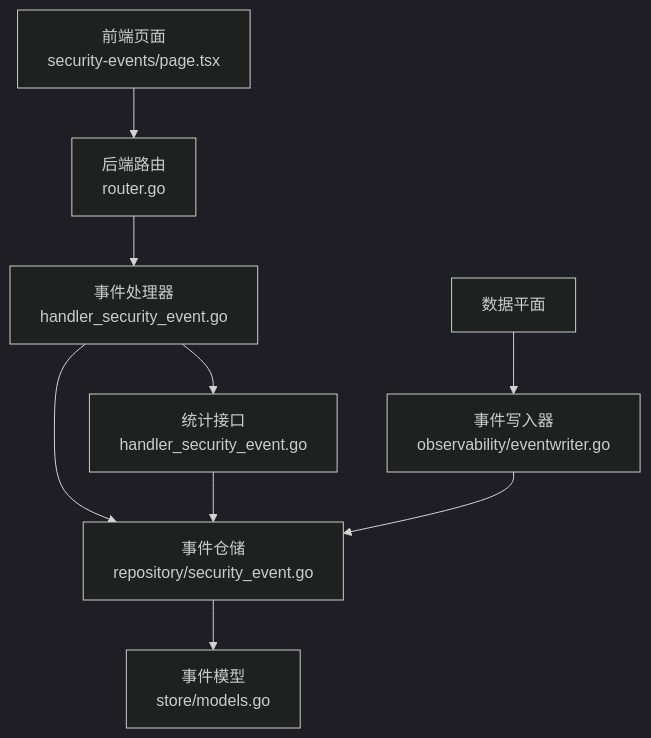
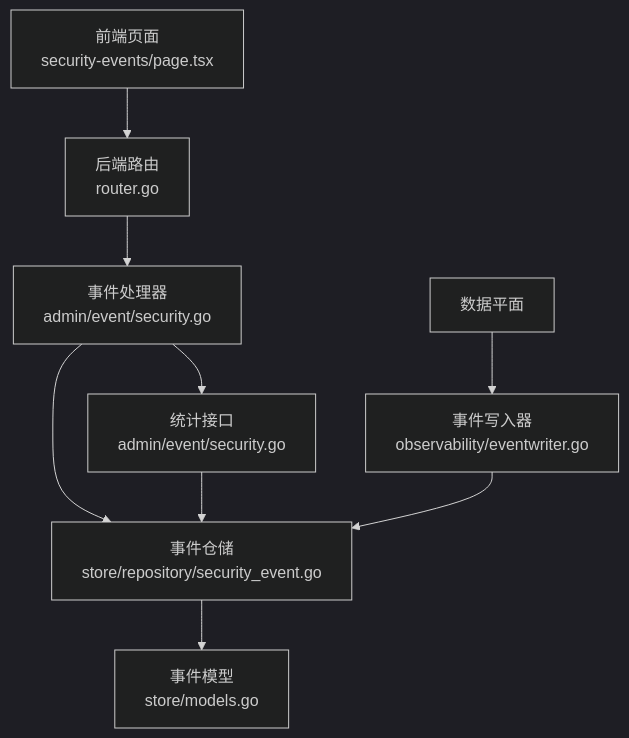
One commit to x01n/My-OpenWaf changed the first of 9 diagrams in docs/管理 API 系统/安全事件 API.md. Above: the diagram before and after it, drawn with Mermaid (dark theme). The commit also changed other lines of this file and 199 other files, not shown here.

````diff
--- a/docs/管理 API 系统/安全事件 API.md
+++ b/docs/管理 API 系统/安全事件 API.md
@@ -35,11 +32,11 @@
 ```mermaid
 graph TB
 FE["前端页面<br/>security-events/page.tsx"] --> API["后端路由<br/>router.go"]
-API --> Handler["事件处理器<br/>handler_security_event.go"]
-Handler --> Repo["事件仓储<br/>repository/security_event.go"]
+API --> Handler["事件处理器<br/>admin/event/security.go"]
+Handler --> Repo["事件仓储<br/>store/repository/security_event.go"]
 Repo --> Model["事件模型<br/>store/models.go"]
-Handler --> Stats["统计接口<br/>handler_security_event.go"]
+Handler --> Stats["统计接口<br/>admin/event/security.go"]
 Stats --> Repo
 DP["数据平面"] --> EW["事件写入器<br/>observability/eventwriter.go"]
 EW --> Repo
 ```
````
